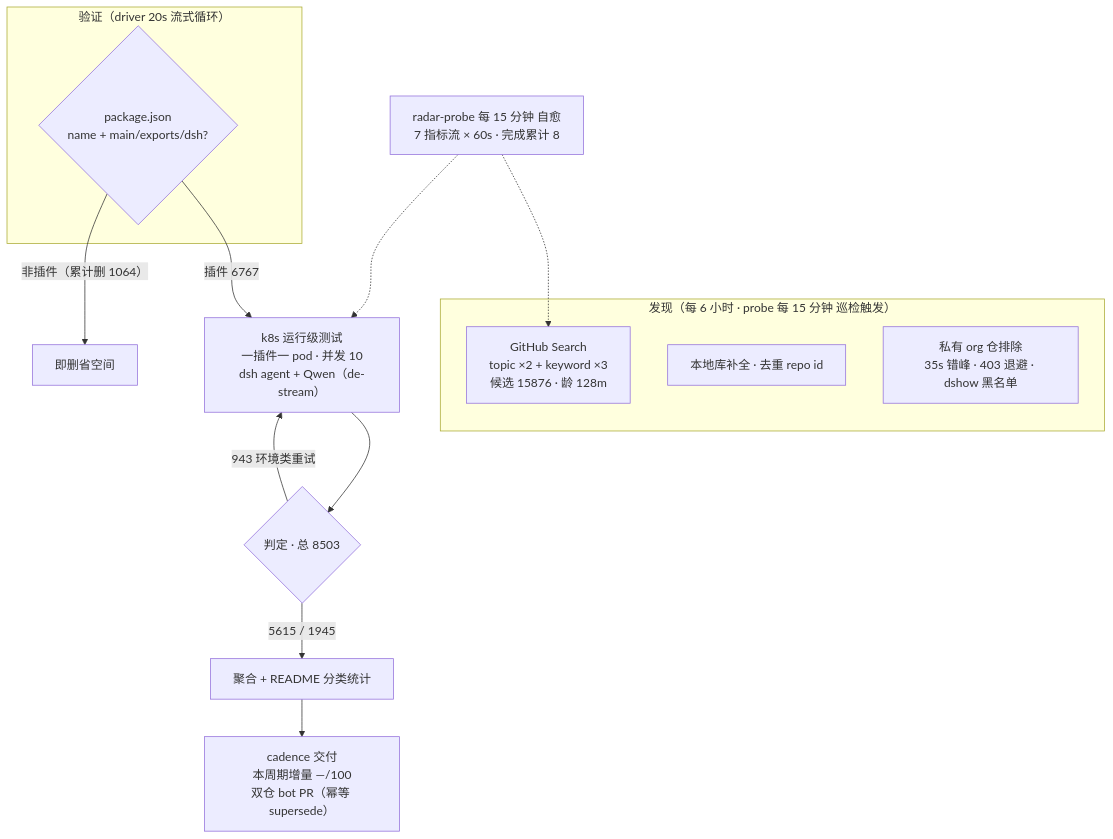
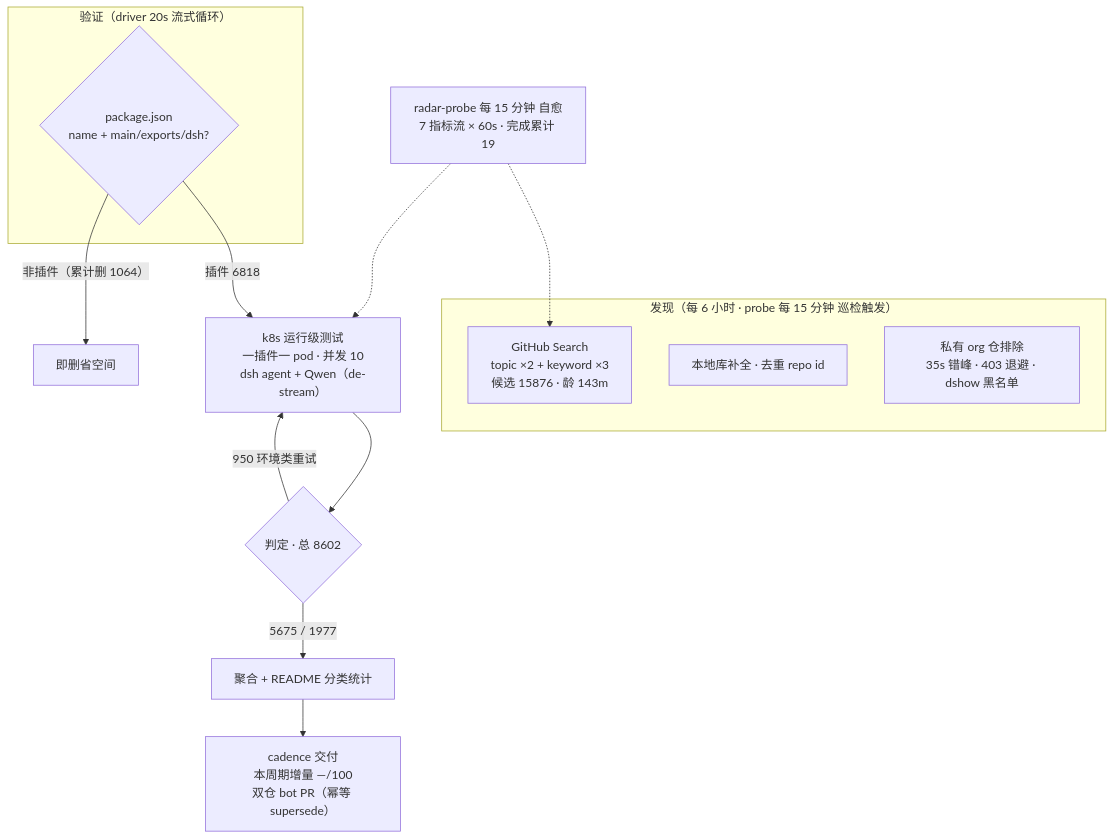
The diagram in README.md (Zhidao-Lab-OSS/awesome-dsh-plugins), drawn with Mermaid before and after one commit. The commit also changed other lines of this file and 1 other file, not shown here.

````diff
--- a/README.md
+++ b/README.md
@@ -37,20 +37,20 @@
 ```mermaid
 flowchart TB
     subgraph Discovery["发现（每 6 小时 · probe 每 15 分钟 巡检触发）"]
-        A1["GitHub Search<br/>topic ×2 + keyword ×3<br/>候选 15876 · 龄 128m"]
+        A1["GitHub Search<br/>topic ×2 + keyword ×3<br/>候选 15876 · 龄 143m"]
         A2["本地库补全 · 去重 repo id"]
         A3["私有 org 仓排除<br/>35s 错峰 · 403 退避 · dshow 黑名单"]
     end
     subgraph Validation["验证（driver 20s 流式循环）"]
         B1{"package.json<br/>name + main/exports/dsh?"}
     end
-    B1 -->|"插件 6767"| C1["k8s 运行级测试<br/>一插件一 pod · 并发 10<br/>dsh agent + Qwen（de-stream）"]
+    B1 -->|"插件 6818"| C1["k8s 运行级测试<br/>一插件一 pod · 并发 10<br/>dsh agent + Qwen（de-stream）"]
     B1 -->|"非插件（累计删 1064）"| B3["即删省空间"]
-    C1 --> D1{"判定 · 总 8503"}
-    D1 -->|"5615 / 1945"| E1["聚合 + README 分类统计"]
-    D1 -->|"943 环境类重试"| C1
+    C1 --> D1{"判定 · 总 8602"}
+    D1 -->|"5675 / 1977"| E1["聚合 + README 分类统计"]
+    D1 -->|"950 环境类重试"| C1
     E1 --> E2["cadence 交付<br/>本周期增量 —/100<br/>双仓 bot PR（幂等 supersede）"]
-    M["radar-probe 每 15 分钟 自愈<br/>7 指标流 × 60s · 完成累计 8"]
+    M["radar-probe 每 15 分钟 自愈<br/>7 指标流 × 60s · 完成累计 19"]
     M -.-> A1
     M -.-> C1
 ```
````
